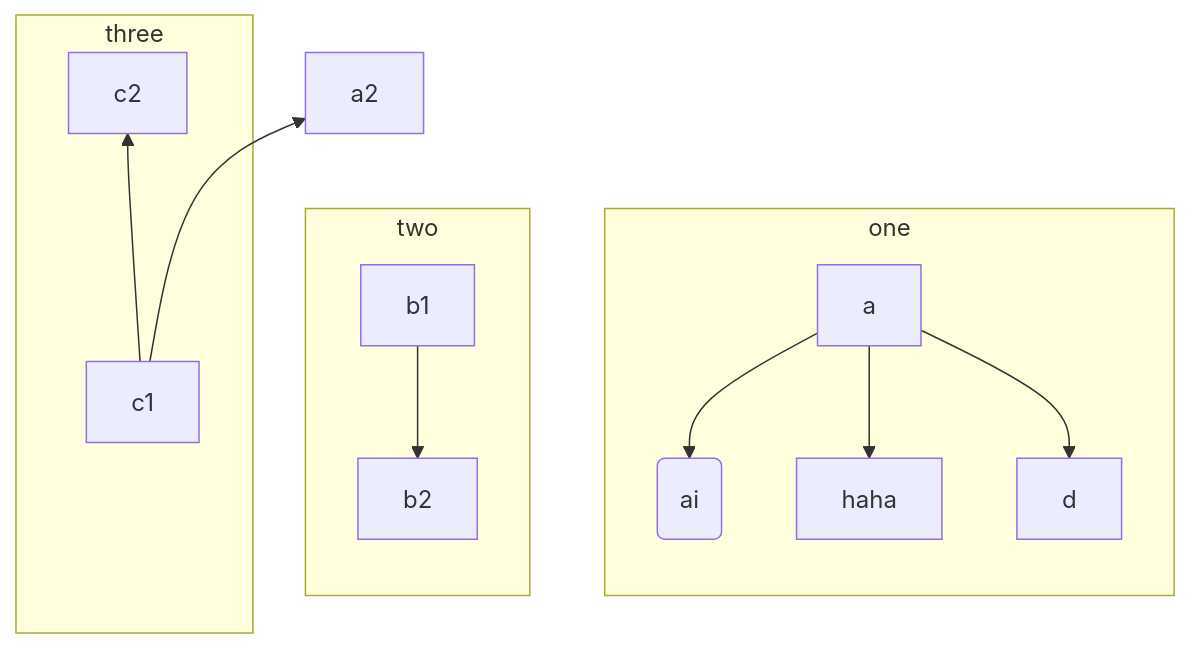
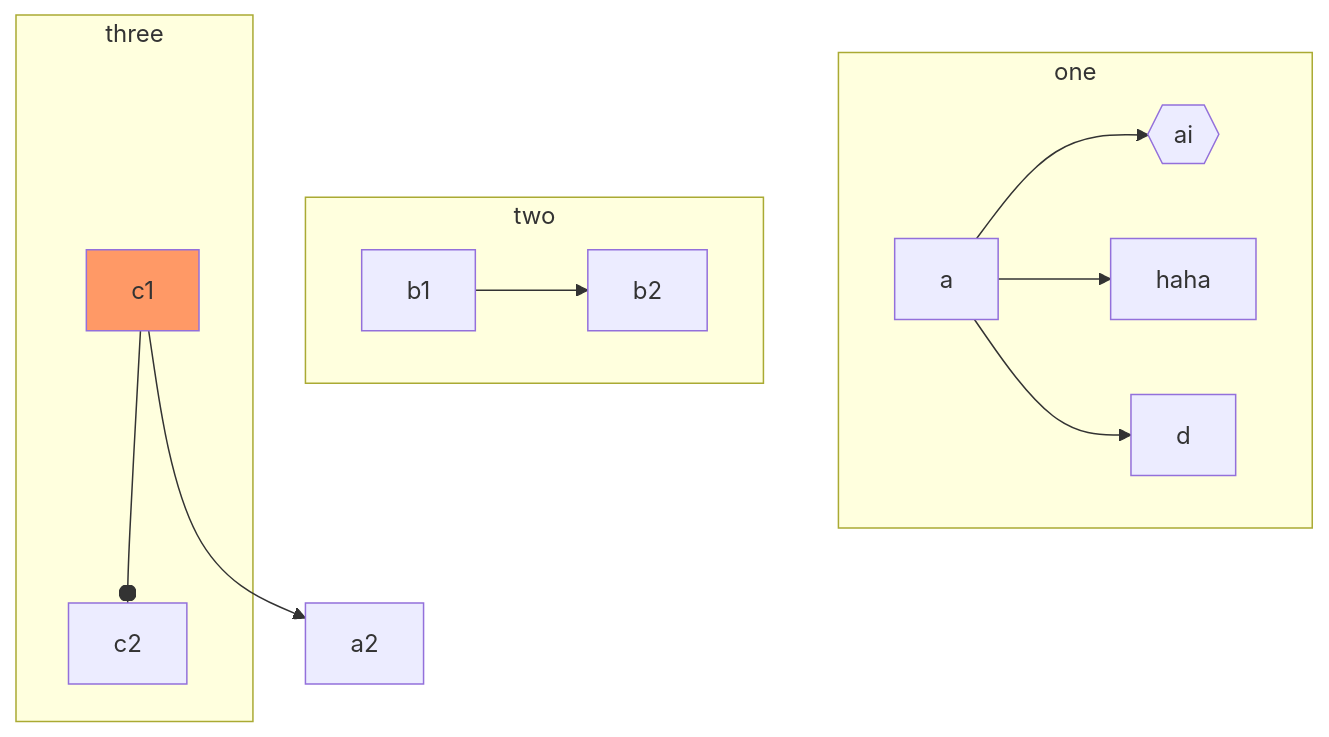
Before and after one commit to xujiabin02/notes: the second of 4 diagrams in NOTES/think.md, drawn with Mermaid.

Commit message:
脑图

````diff
--- a/NOTES/think.md
+++ b/NOTES/think.md
@@ -185,14 +185,14 @@
 ```mermaid
-flowchart BT
-    c1-->a2
+flowchart TB
+    c1:::doing-->a2
     subgraph one
-    a --> b(ai) & c[haha] & d 
+    a --> b{{ai}} & c[haha] & d 
     end
     subgraph two
     b1-->b2
     end
     subgraph three
-    c1-->c2
+    c1 --o c2
     end
-
+ classDef doing fill:#f96
 ```
````
